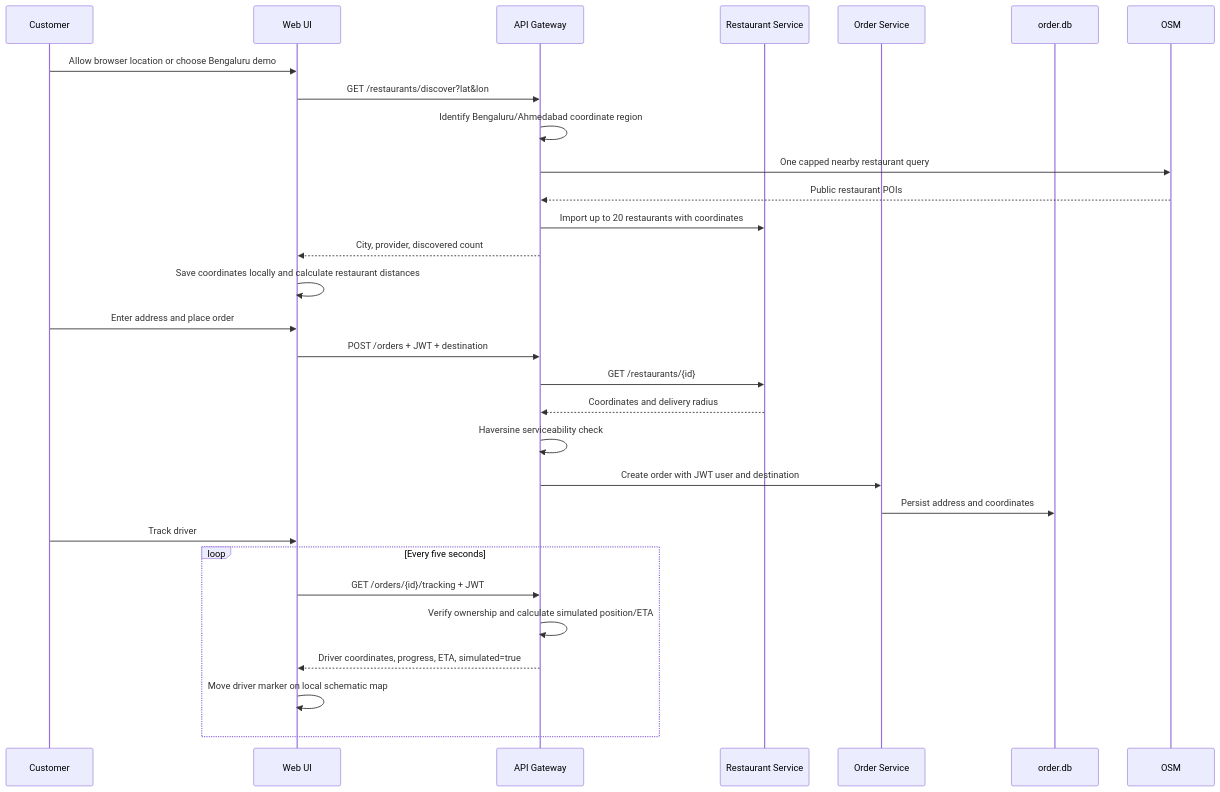
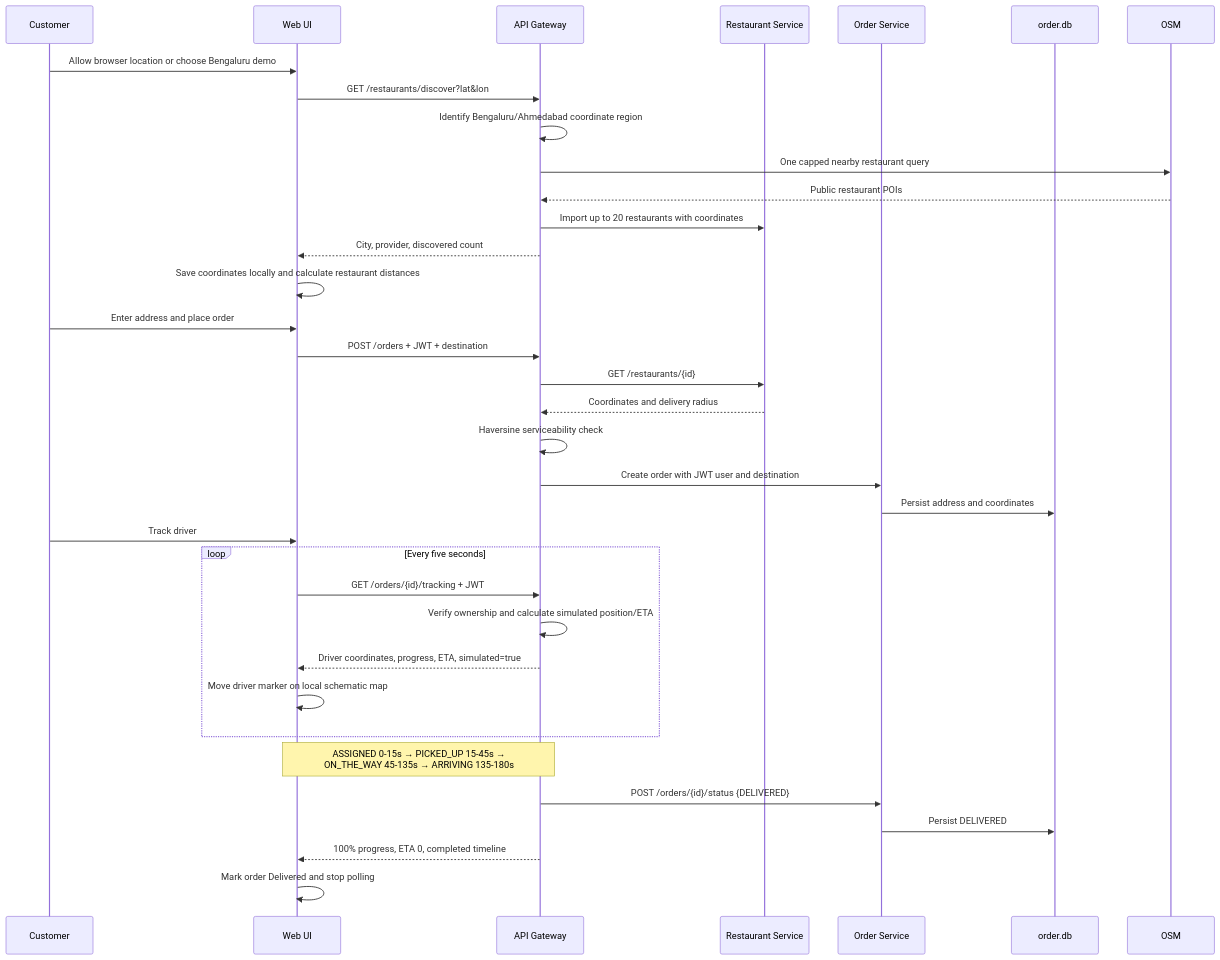
Before and after one commit to Pankil-Mevada/FoodService: the eighth of 8 diagrams in docs/SEQUENCE_DIAGRAMS.md, drawn with Mermaid. The commit also changed 13 other files, not shown here.

````diff
--- a/docs/SEQUENCE_DIAGRAMS.md
+++ b/docs/SEQUENCE_DIAGRAMS.md
@@ -253,32 +253,37 @@
 ```mermaid
 sequenceDiagram
     participant Customer
     participant UI as Web UI
     participant GW as API Gateway
     participant RS as Restaurant Service
     participant OS as Order Service
     participant ODB as order.db
 
     Customer->>UI: Allow browser location or choose Bengaluru demo
     UI->>GW: GET /restaurants/discover?lat&lon
     GW->>GW: Identify Bengaluru/Ahmedabad coordinate region
     GW->>OSM: One capped nearby restaurant query
     OSM-->>GW: Public restaurant POIs
     GW->>RS: Import up to 20 restaurants with coordinates
     GW-->>UI: City, provider, discovered count
     UI->>UI: Save coordinates locally and calculate restaurant distances
     Customer->>UI: Enter address and place order
     UI->>GW: POST /orders + JWT + destination
     GW->>RS: GET /restaurants/{id}
     RS-->>GW: Coordinates and delivery radius
     GW->>GW: Haversine serviceability check
     GW->>OS: Create order with JWT user and destination
     OS->>ODB: Persist address and coordinates
     Customer->>UI: Track driver
     loop Every five seconds
         UI->>GW: GET /orders/{id}/tracking + JWT
         GW->>GW: Verify ownership and calculate simulated position/ETA
         GW-->>UI: Driver coordinates, progress, ETA, simulated=true
         UI->>UI: Move driver marker on local schematic map
     end
+    Note over GW,UI: ASSIGNED 0-15s → PICKED_UP 15-45s →<br/>ON_THE_WAY 45-135s → ARRIVING 135-180s
+    GW->>OS: POST /orders/{id}/status {DELIVERED}
+    OS->>ODB: Persist DELIVERED
+    GW-->>UI: 100% progress, ETA 0, completed timeline
+    UI->>UI: Mark order Delivered and stop polling
 ```
````
